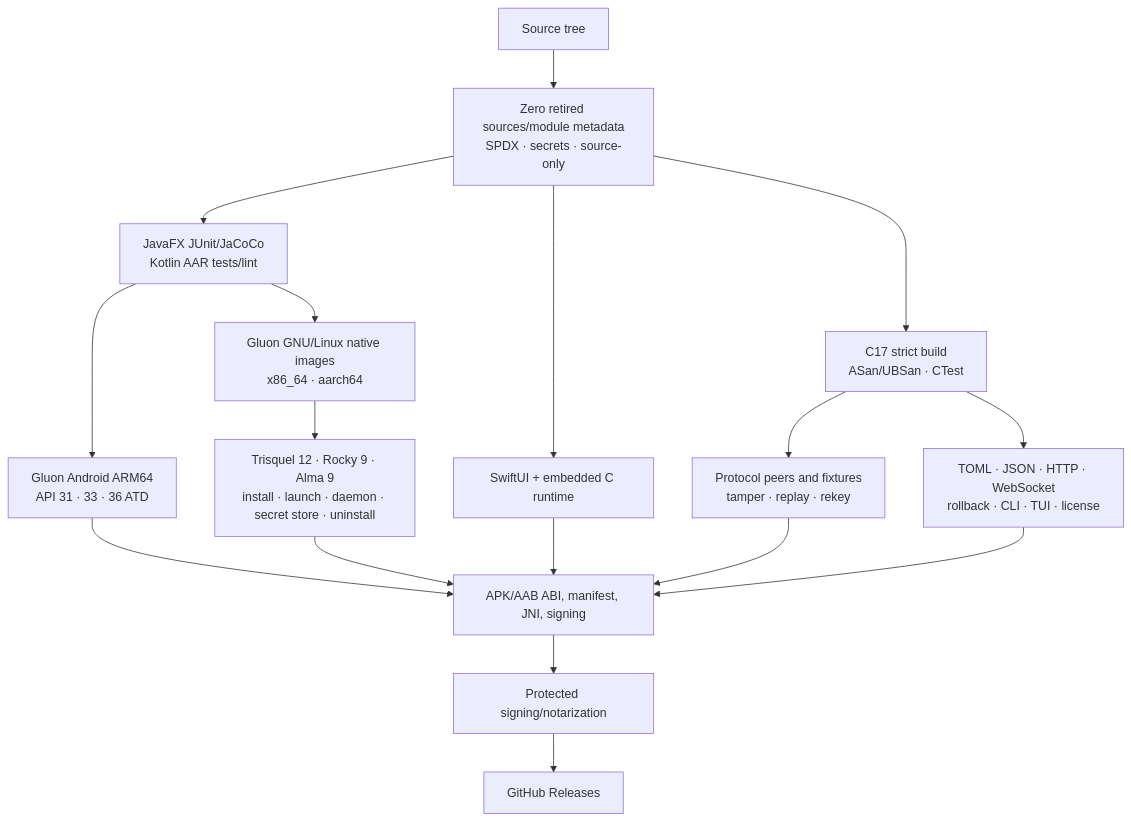
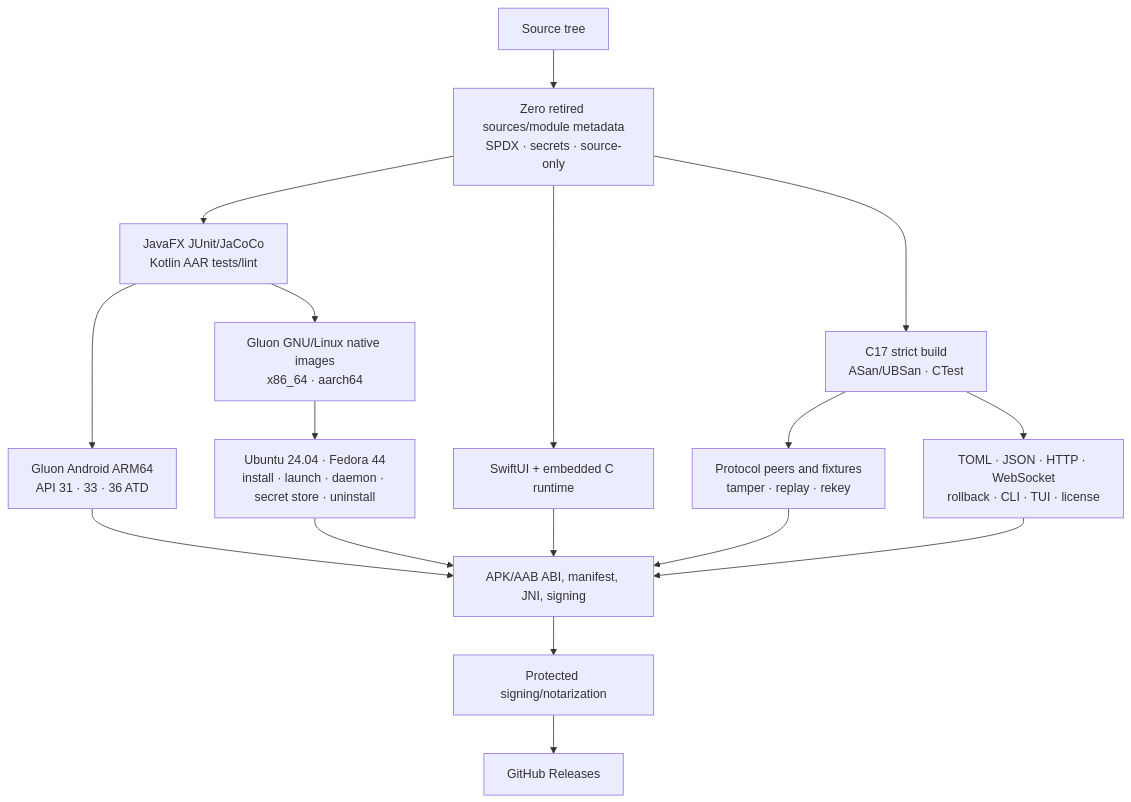
Before and after one commit to JohnThre/clambhook: the diagram in docs/release-validation.md, drawn with Mermaid. The commit also changed other lines of this file and 33 other files, not shown here.

First line of the commit message:
Adopt Ubuntu and Fedora validation

````diff
--- a/docs/release-validation.md
+++ b/docs/release-validation.md
@@ -12,19 +12,19 @@
 ```mermaid
 flowchart TD
     source["Source tree"] --> policy["Zero retired sources/module metadata<br/>SPDX · secrets · source-only"]
     policy --> native["C17 strict build<br/>ASan/UBSan · CTest"]
     policy --> ui["JavaFX JUnit/JaCoCo<br/>Kotlin AAR tests/lint"]
     policy --> mac["SwiftUI + embedded C runtime"]
     native --> protocols["Protocol peers and fixtures<br/>tamper · replay · rekey"]
     native --> contracts["TOML · JSON · HTTP · WebSocket<br/>rollback · CLI · TUI · license"]
     ui --> android["Gluon Android ARM64<br/>API 31 · 33 · 36 ATD"]
     ui --> linux["Gluon GNU/Linux native images<br/>x86_64 · aarch64"]
-    linux --> distros["Trisquel 12 · Rocky 9 · Alma 9<br/>install · launch · daemon · secret store · uninstall"]
+    linux --> distros["Ubuntu 24.04 · Fedora 44<br/>install · launch · daemon · secret store · uninstall"]
     android --> inspect["APK/AAB ABI, manifest, JNI, signing"]
     distros --> inspect
     mac --> inspect
     protocols --> inspect
     contracts --> inspect
     inspect --> protected["Protected signing/notarization"]
     protected --> release["GitHub Releases"]
 ```
````
